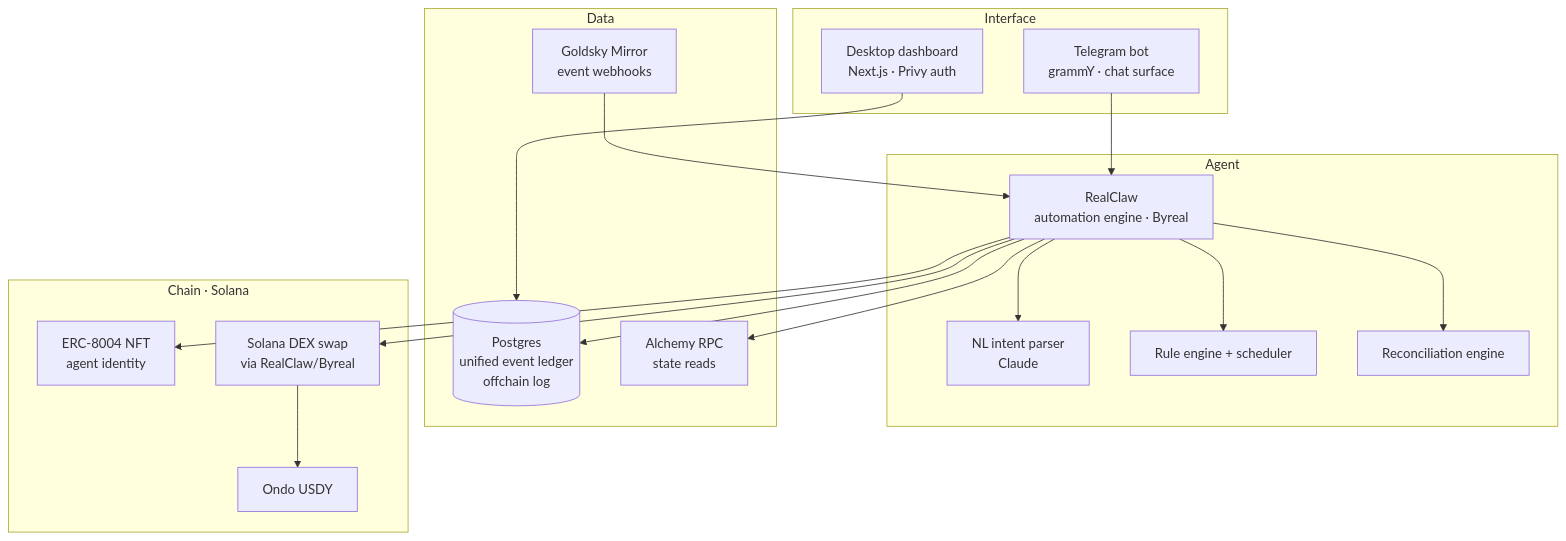
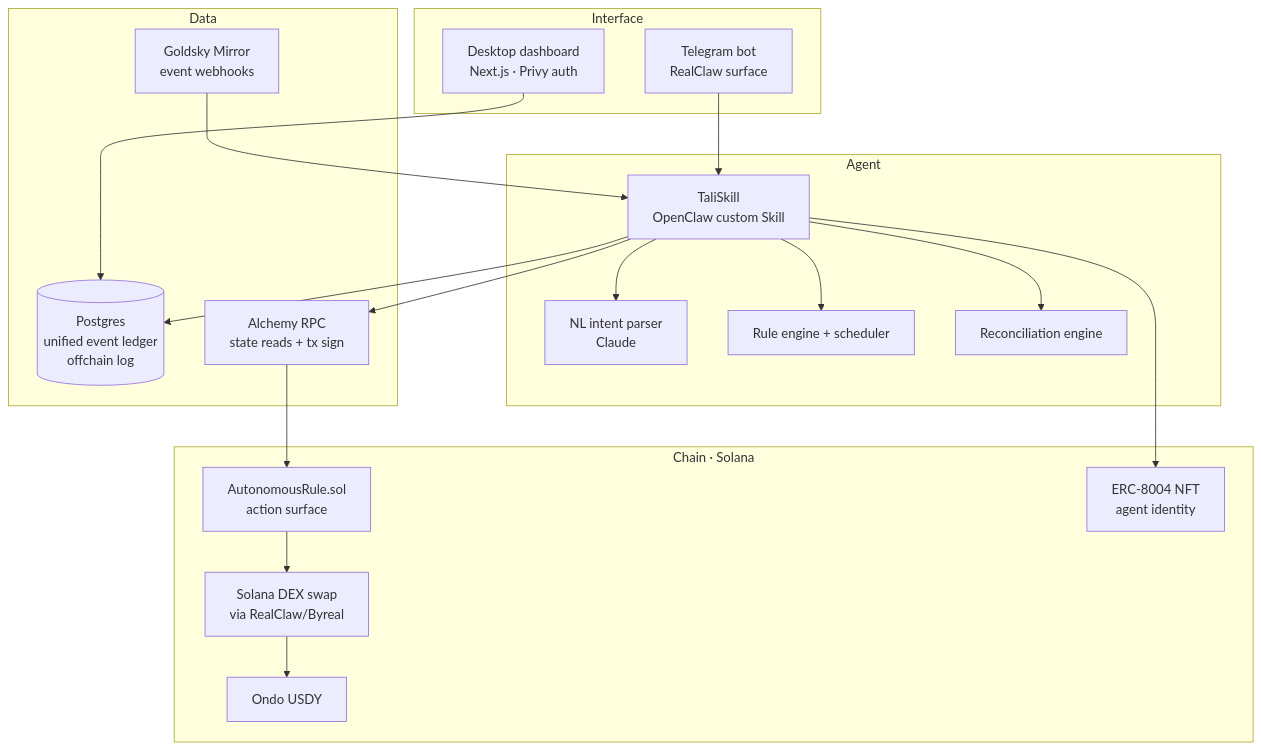
The first of 3 diagrams in docs/architecture.md (aliyanamu/tali), drawn with Mermaid before and after one commit. The commit also changed other lines of this file and 3 other files, not shown here.

First line of the commit message:
docs: update product narrative, architecture, and positioning

````diff
--- a/docs/architecture.md
+++ b/docs/architecture.md
@@ -7,38 +7,40 @@
 ```mermaid
 graph TD
     subgraph Interface
-        TG[Telegram bot<br/>grammY · chat surface]
+        TG[Telegram bot<br/>RealClaw surface]
         WEB[Desktop dashboard<br/>Next.js · Privy auth]
     end
 
     subgraph Agent
-        RC[RealClaw<br/>automation engine · Byreal]
+        SKILL[TaliSkill<br/>OpenClaw custom Skill]
         NL[NL intent parser<br/>Claude]
         RULES[Rule engine + scheduler]
         RECON[Reconciliation engine]
     end
 
     subgraph Data
         PG[(Postgres<br/>unified event ledger<br/>offchain log)]
         GS[Goldsky Mirror<br/>event webhooks]
-        ALC[Alchemy RPC<br/>state reads]
+        ALC[Alchemy RPC<br/>state reads + tx sign]
     end
 
     subgraph Chain[Chain · Solana]
+        AR[AutonomousRule.sol<br/>action surface]
         NFT[ERC-8004 NFT<br/>agent identity]
         USDY[Ondo USDY]
         DEX[Solana DEX swap<br/>via RealClaw/Byreal]
     end
 
-    TG --> RC
+    TG --> SKILL
     WEB --> PG
-    RC --> NL
-    RC --> RULES
-    RC --> RECON
-    RC --> PG
-    GS --> RC
-    RC --> ALC
-    RC --> DEX
+    SKILL --> NL
+    SKILL --> RULES
+    SKILL --> RECON
+    SKILL --> PG
+    GS --> SKILL
+    SKILL --> ALC
+    ALC --> AR
+    AR --> DEX
     DEX --> USDY
-    RC --> NFT
+    SKILL --> NFT
 ```
````
